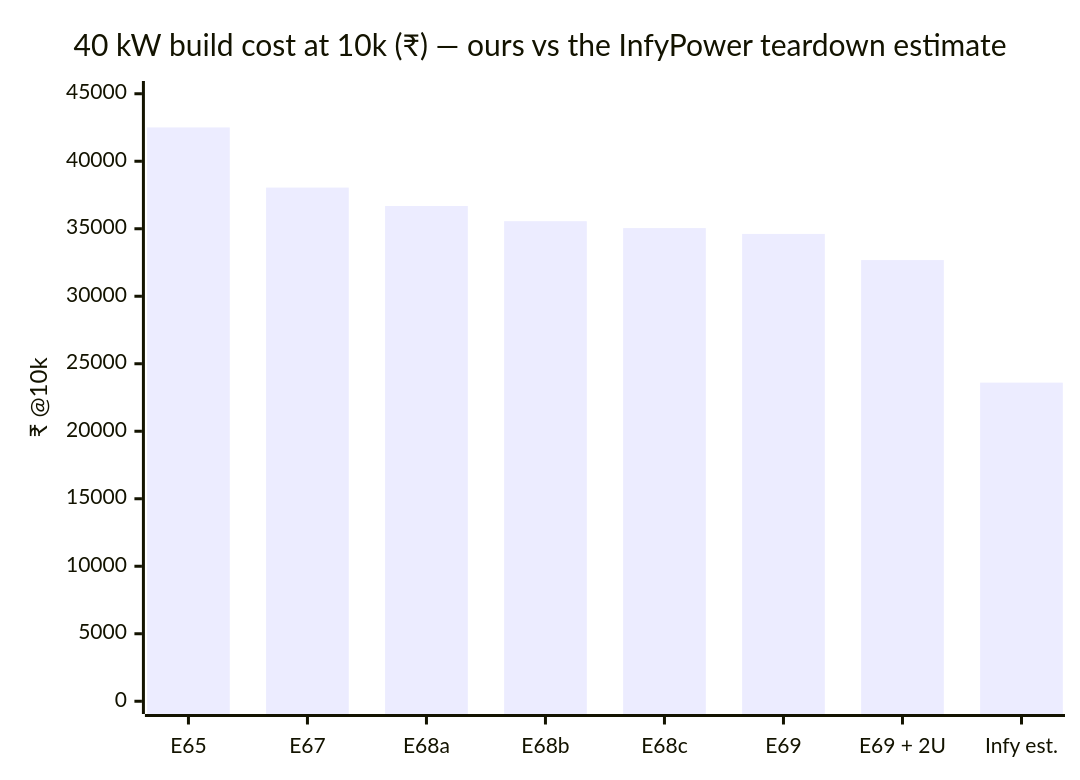
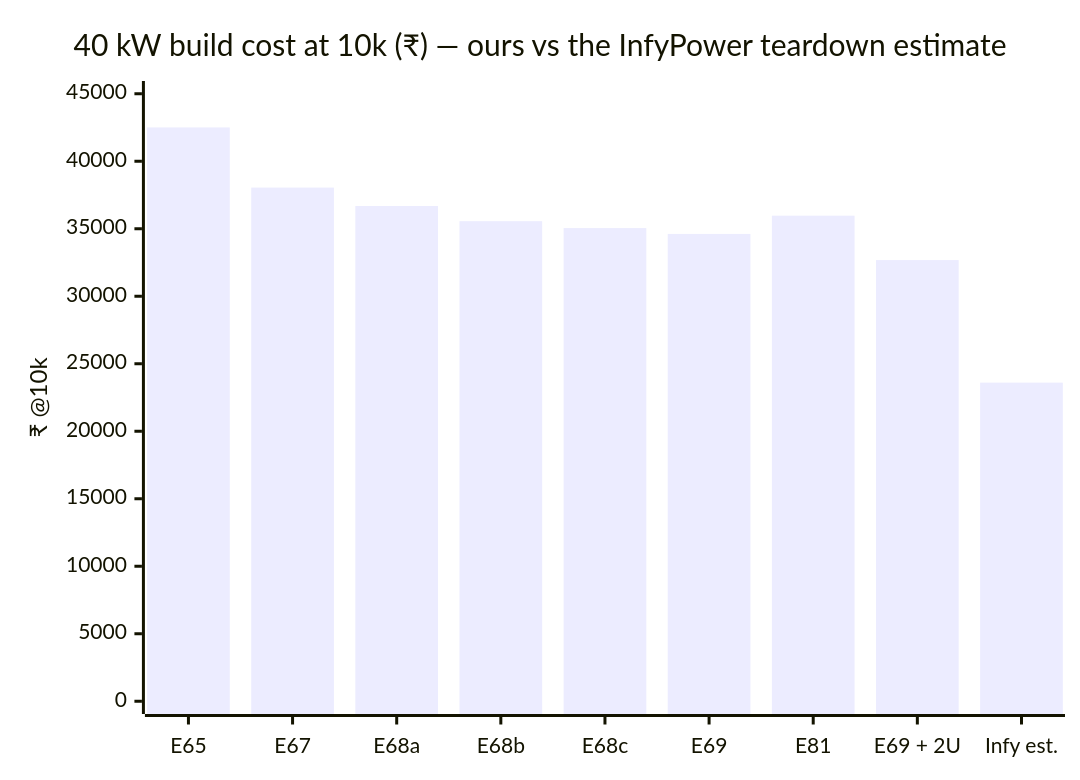
Before and after one commit to vectivolt/DC-Modules: the second of 3 diagrams in docs/benchmark-infypower-teardown.md, drawn with Mermaid. The commit also changed other lines of this file and 37 other files, not shown here.

First line of the commit message:
E81 docs: premium polish pass — 42 pages restructured, 80 diagrams, 61+ stale claims fixed, gates synced

````diff
--- a/docs/benchmark-infypower-teardown.md
+++ b/docs/benchmark-infypower-teardown.md
@@ -166,7 +183,7 @@
 ```mermaid
 xychart-beta
   title "40 kW build cost at 10k (₹) — ours vs the InfyPower teardown estimate"
-  x-axis ["E65", "E67", "E68a", "E68b", "E68c", "E69", "E69 + 2U", "Infy est."]
+  x-axis ["E65", "E67", "E68a", "E68b", "E68c", "E69", "E81", "E69 + 2U", "Infy est."]
   y-axis "₹ @10k" 0 --> 45000
-  bar [42505, 38048, 36686, 35560, 35048, 34616, 32680, 23600]
+  bar [42505, 38048, 36686, 35560, 35048, 34616, 35970, 32680, 23600]
 ```
````
